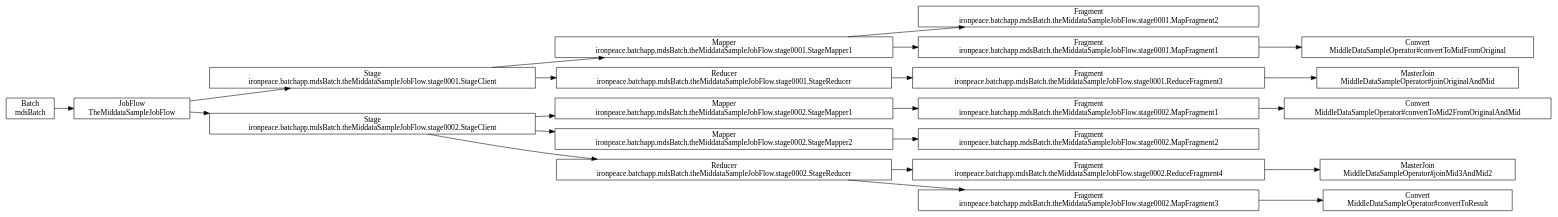
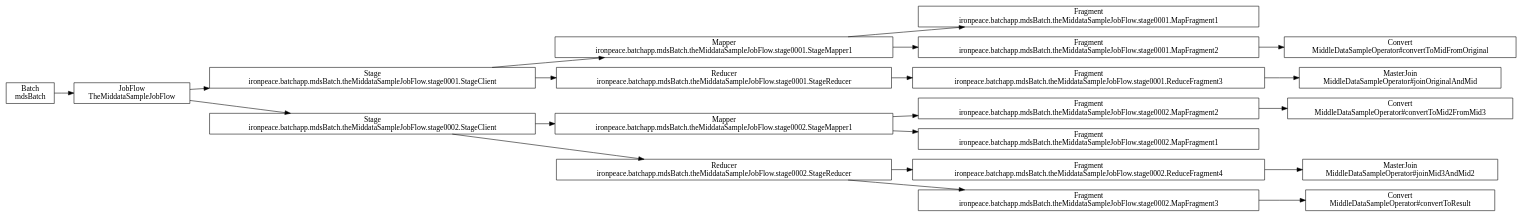
The diagram in target/batchc/mdsBatch/opt/dsl-analysis/batch/compiled-structure.dot (ironpeace/AsakusaMiddleDataSample), drawn with Graphviz before and after one commit. The commit also changed 62 other files, not shown here.

```diff
--- a/target/batchc/mdsBatch/opt/dsl-analysis/batch/compiled-structure.dot
+++ b/target/batchc/mdsBatch/opt/dsl-analysis/batch/compiled-structure.dot
@@ -1,44 +1,42 @@
 digraph {
     rankdir = LR;
-    "106dc818-2aa0-4343-99e6-08aacb8ccc0f" [shape=box, label="Batch\nmdsBatch"];
-    "5f9d3ac1-3e45-4be8-9de5-32ced7ebc81d" [shape=box, label="JobFlow\nTheMiddataSampleJobFlow"];
-    "471e33b2-f5c1-459f-9452-891806f5c054" [shape=box, label="Stage\nironpeace.batchapp.mdsBatch.theMiddataSampleJobFlow.stage0001.StageClient"];
-    "869ea924-1ef6-45c3-9a36-83260491a0d6" [shape=box, label="Mapper\nironpeace.batchapp.mdsBatch.theMiddataSampleJobFlow.stage0001.StageMapper1"];
-    "471e33b2-f5c1-459f-9452-891806f5c054" -> "869ea924-1ef6-45c3-9a36-83260491a0d6";
-    "b4f51470-a3e6-4ff9-a214-6df438b00ee2" [shape=box, label="Fragment\nironpeace.batchapp.mdsBatch.theMiddataSampleJobFlow.stage0001.MapFragment2"];
-    "869ea924-1ef6-45c3-9a36-83260491a0d6" -> "b4f51470-a3e6-4ff9-a214-6df438b00ee2";
-    "62ab19ee-ecbf-488a-82b2-bb1bcdca970a" [shape=box, label="Fragment\nironpeace.batchapp.mdsBatch.theMiddataSampleJobFlow.stage0001.MapFragment1"];
-    "ce9cdf11-fd9e-4598-8e13-366236270414" [shape=box, label="Convert\nMiddleDataSampleOperator#convertToMidFromOriginal"];
-    "62ab19ee-ecbf-488a-82b2-bb1bcdca970a" -> "ce9cdf11-fd9e-4598-8e13-366236270414";
-    "869ea924-1ef6-45c3-9a36-83260491a0d6" -> "62ab19ee-ecbf-488a-82b2-bb1bcdca970a";
-    "f631d1d1-a5fd-420b-a6ce-37870e0c2176" [shape=box, label="Reducer\nironpeace.batchapp.mdsBatch.theMiddataSampleJobFlow.stage0001.StageReducer"];
-    "471e33b2-f5c1-459f-9452-891806f5c054" -> "f631d1d1-a5fd-420b-a6ce-37870e0c2176";
-    "633dbd0c-bfcb-47fc-bb9b-0b0c1ecdb6ec" [shape=box, label="Fragment\nironpeace.batchapp.mdsBatch.theMiddataSampleJobFlow.stage0001.ReduceFragment3"];
-    "059562f9-8162-4ab7-a08b-8327aeafdf2a" [shape=box, label="MasterJoin\nMiddleDataSampleOperator#joinOriginalAndMid"];
-    "633dbd0c-bfcb-47fc-bb9b-0b0c1ecdb6ec" -> "059562f9-8162-4ab7-a08b-8327aeafdf2a";
-    "f631d1d1-a5fd-420b-a6ce-37870e0c2176" -> "633dbd0c-bfcb-47fc-bb9b-0b0c1ecdb6ec";
-    "5f9d3ac1-3e45-4be8-9de5-32ced7ebc81d" -> "471e33b2-f5c1-459f-9452-891806f5c054";
-    "be582349-fd23-4d1d-9363-8fc82f638a6f" [shape=box, label="Stage\nironpeace.batchapp.mdsBatch.theMiddataSampleJobFlow.stage0002.StageClient"];
-    "d1b40517-f3eb-43ed-9e97-c56c43380982" [shape=box, label="Mapper\nironpeace.batchapp.mdsBatch.theMiddataSampleJobFlow.stage0002.StageMapper1"];
-    "be582349-fd23-4d1d-9363-8fc82f638a6f" -> "d1b40517-f3eb-43ed-9e97-c56c43380982";
-    "96db7278-6b07-454e-a1ad-abe78b8cce24" [shape=box, label="Fragment\nironpeace.batchapp.mdsBatch.theMiddataSampleJobFlow.stage0002.MapFragment1"];
-    "5ad2a748-02e1-4b34-b074-864e65fdeec5" [shape=box, label="Convert\nMiddleDataSampleOperator#convertToMid2FromOriginalAndMid"];
-    "96db7278-6b07-454e-a1ad-abe78b8cce24" -> "5ad2a748-02e1-4b34-b074-864e65fdeec5";
-    "d1b40517-f3eb-43ed-9e97-c56c43380982" -> "96db7278-6b07-454e-a1ad-abe78b8cce24";
-    "f5bad576-044f-47e7-98fe-6937c985c0e5" [shape=box, label="Mapper\nironpeace.batchapp.mdsBatch.theMiddataSampleJobFlow.stage0002.StageMapper2"];
-    "be582349-fd23-4d1d-9363-8fc82f638a6f" -> "f5bad576-044f-47e7-98fe-6937c985c0e5";
-    "5e4fcf6c-a48c-4110-8e31-ed1a8a4fa7d2" [shape=box, label="Fragment\nironpeace.batchapp.mdsBatch.theMiddataSampleJobFlow.stage0002.MapFragment2"];
-    "f5bad576-044f-47e7-98fe-6937c985c0e5" -> "5e4fcf6c-a48c-4110-8e31-ed1a8a4fa7d2";
-    "460b1078-4ad1-4479-97f8-bf019c006080" [shape=box, label="Reducer\nironpeace.batchapp.mdsBatch.theMiddataSampleJobFlow.stage0002.StageReducer"];
-    "be582349-fd23-4d1d-9363-8fc82f638a6f" -> "460b1078-4ad1-4479-97f8-bf019c006080";
-    "14c880e7-649a-4103-87ce-9c192230c88f" [shape=box, label="Fragment\nironpeace.batchapp.mdsBatch.theMiddataSampleJobFlow.stage0002.ReduceFragment4"];
-    "c65e36dc-dcbd-4b69-b1c7-89bd43bbbf25" [shape=box, label="MasterJoin\nMiddleDataSampleOperator#joinMid3AndMid2"];
-    "14c880e7-649a-4103-87ce-9c192230c88f" -> "c65e36dc-dcbd-4b69-b1c7-89bd43bbbf25";
-    "460b1078-4ad1-4479-97f8-bf019c006080" -> "14c880e7-649a-4103-87ce-9c192230c88f";
-    "a820dfff-25a0-4951-a72e-7ecb7f1de5f6" [shape=box, label="Fragment\nironpeace.batchapp.mdsBatch.theMiddataSampleJobFlow.stage0002.MapFragment3"];
-    "99e52421-1a83-4f84-91b4-1feda9e7935a" [shape=box, label="Convert\nMiddleDataSampleOperator#convertToResult"];
-    "a820dfff-25a0-4951-a72e-7ecb7f1de5f6" -> "99e52421-1a83-4f84-91b4-1feda9e7935a";
-    "460b1078-4ad1-4479-97f8-bf019c006080" -> "a820dfff-25a0-4951-a72e-7ecb7f1de5f6";
-    "5f9d3ac1-3e45-4be8-9de5-32ced7ebc81d" -> "be582349-fd23-4d1d-9363-8fc82f638a6f";
-    "106dc818-2aa0-4343-99e6-08aacb8ccc0f" -> "5f9d3ac1-3e45-4be8-9de5-32ced7ebc81d";
+    "63426368-fca3-4b5b-9f03-384139b62f4e" [shape=box, label="Batch\nmdsBatch"];
+    "1384f538-da28-4560-aa11-d379cdab2f21" [shape=box, label="JobFlow\nTheMiddataSampleJobFlow"];
+    "b0f797d7-2048-4fbd-9747-b26927accbd0" [shape=box, label="Stage\nironpeace.batchapp.mdsBatch.theMiddataSampleJobFlow.stage0001.StageClient"];
+    "b2a9f2cf-e63c-493c-94e1-7a8550305724" [shape=box, label="Mapper\nironpeace.batchapp.mdsBatch.theMiddataSampleJobFlow.stage0001.StageMapper1"];
+    "b0f797d7-2048-4fbd-9747-b26927accbd0" -> "b2a9f2cf-e63c-493c-94e1-7a8550305724";
+    "357304ea-00b3-4cf4-942b-eb8893ea8e67" [shape=box, label="Fragment\nironpeace.batchapp.mdsBatch.theMiddataSampleJobFlow.stage0001.MapFragment1"];
+    "b2a9f2cf-e63c-493c-94e1-7a8550305724" -> "357304ea-00b3-4cf4-942b-eb8893ea8e67";
+    "f8c9f449-cc1c-422e-ab8a-f97d60802955" [shape=box, label="Fragment\nironpeace.batchapp.mdsBatch.theMiddataSampleJobFlow.stage0001.MapFragment2"];
+    "39e3567a-4dba-428e-867e-d9e2159b3307" [shape=box, label="Convert\nMiddleDataSampleOperator#convertToMidFromOriginal"];
+    "f8c9f449-cc1c-422e-ab8a-f97d60802955" -> "39e3567a-4dba-428e-867e-d9e2159b3307";
+    "b2a9f2cf-e63c-493c-94e1-7a8550305724" -> "f8c9f449-cc1c-422e-ab8a-f97d60802955";
+    "ede39289-5d41-41df-99a4-ce8633396f05" [shape=box, label="Reducer\nironpeace.batchapp.mdsBatch.theMiddataSampleJobFlow.stage0001.StageReducer"];
+    "b0f797d7-2048-4fbd-9747-b26927accbd0" -> "ede39289-5d41-41df-99a4-ce8633396f05";
+    "847b1dc0-c518-49a6-af5e-6c99f0369b96" [shape=box, label="Fragment\nironpeace.batchapp.mdsBatch.theMiddataSampleJobFlow.stage0001.ReduceFragment3"];
+    "6eee33e0-38ac-4c5e-8de2-8731c903cce9" [shape=box, label="MasterJoin\nMiddleDataSampleOperator#joinOriginalAndMid"];
+    "847b1dc0-c518-49a6-af5e-6c99f0369b96" -> "6eee33e0-38ac-4c5e-8de2-8731c903cce9";
+    "ede39289-5d41-41df-99a4-ce8633396f05" -> "847b1dc0-c518-49a6-af5e-6c99f0369b96";
+    "1384f538-da28-4560-aa11-d379cdab2f21" -> "b0f797d7-2048-4fbd-9747-b26927accbd0";
+    "c3617034-c0b1-4b62-b023-654173c12cc9" [shape=box, label="Stage\nironpeace.batchapp.mdsBatch.theMiddataSampleJobFlow.stage0002.StageClient"];
+    "6d61ee22-249f-4101-a34c-54dc0dfa6865" [shape=box, label="Mapper\nironpeace.batchapp.mdsBatch.theMiddataSampleJobFlow.stage0002.StageMapper1"];
+    "c3617034-c0b1-4b62-b023-654173c12cc9" -> "6d61ee22-249f-4101-a34c-54dc0dfa6865";
+    "127bdbef-00ab-4f0a-9fef-9f1c5c4e013e" [shape=box, label="Fragment\nironpeace.batchapp.mdsBatch.theMiddataSampleJobFlow.stage0002.MapFragment2"];
+    "3df1e74f-657c-441f-b6c3-85a61be9db75" [shape=box, label="Convert\nMiddleDataSampleOperator#convertToMid2FromMid3"];
+    "127bdbef-00ab-4f0a-9fef-9f1c5c4e013e" -> "3df1e74f-657c-441f-b6c3-85a61be9db75";
+    "6d61ee22-249f-4101-a34c-54dc0dfa6865" -> "127bdbef-00ab-4f0a-9fef-9f1c5c4e013e";
+    "7bb3a254-52c1-47dc-a951-72fa8ef1d099" [shape=box, label="Fragment\nironpeace.batchapp.mdsBatch.theMiddataSampleJobFlow.stage0002.MapFragment1"];
+    "6d61ee22-249f-4101-a34c-54dc0dfa6865" -> "7bb3a254-52c1-47dc-a951-72fa8ef1d099";
+    "551464df-c636-4616-9e35-0042880e1b4e" [shape=box, label="Reducer\nironpeace.batchapp.mdsBatch.theMiddataSampleJobFlow.stage0002.StageReducer"];
+    "c3617034-c0b1-4b62-b023-654173c12cc9" -> "551464df-c636-4616-9e35-0042880e1b4e";
+    "e1a5a9ea-7584-49cc-b561-32f344789294" [shape=box, label="Fragment\nironpeace.batchapp.mdsBatch.theMiddataSampleJobFlow.stage0002.ReduceFragment4"];
+    "d21f21ab-b8dd-4eaf-97e7-223f83fbcdaa" [shape=box, label="MasterJoin\nMiddleDataSampleOperator#joinMid3AndMid2"];
+    "e1a5a9ea-7584-49cc-b561-32f344789294" -> "d21f21ab-b8dd-4eaf-97e7-223f83fbcdaa";
+    "551464df-c636-4616-9e35-0042880e1b4e" -> "e1a5a9ea-7584-49cc-b561-32f344789294";
+    "7a796c62-255e-4800-aed4-5237cad48e06" [shape=box, label="Fragment\nironpeace.batchapp.mdsBatch.theMiddataSampleJobFlow.stage0002.MapFragment3"];
+    "710e23b8-c494-4a00-a501-669f540febaf" [shape=box, label="Convert\nMiddleDataSampleOperator#convertToResult"];
+    "7a796c62-255e-4800-aed4-5237cad48e06" -> "710e23b8-c494-4a00-a501-669f540febaf";
+    "551464df-c636-4616-9e35-0042880e1b4e" -> "7a796c62-255e-4800-aed4-5237cad48e06";
+    "1384f538-da28-4560-aa11-d379cdab2f21" -> "c3617034-c0b1-4b62-b023-654173c12cc9";
+    "63426368-fca3-4b5b-9f03-384139b62f4e" -> "1384f538-da28-4560-aa11-d379cdab2f21";
 }
```
